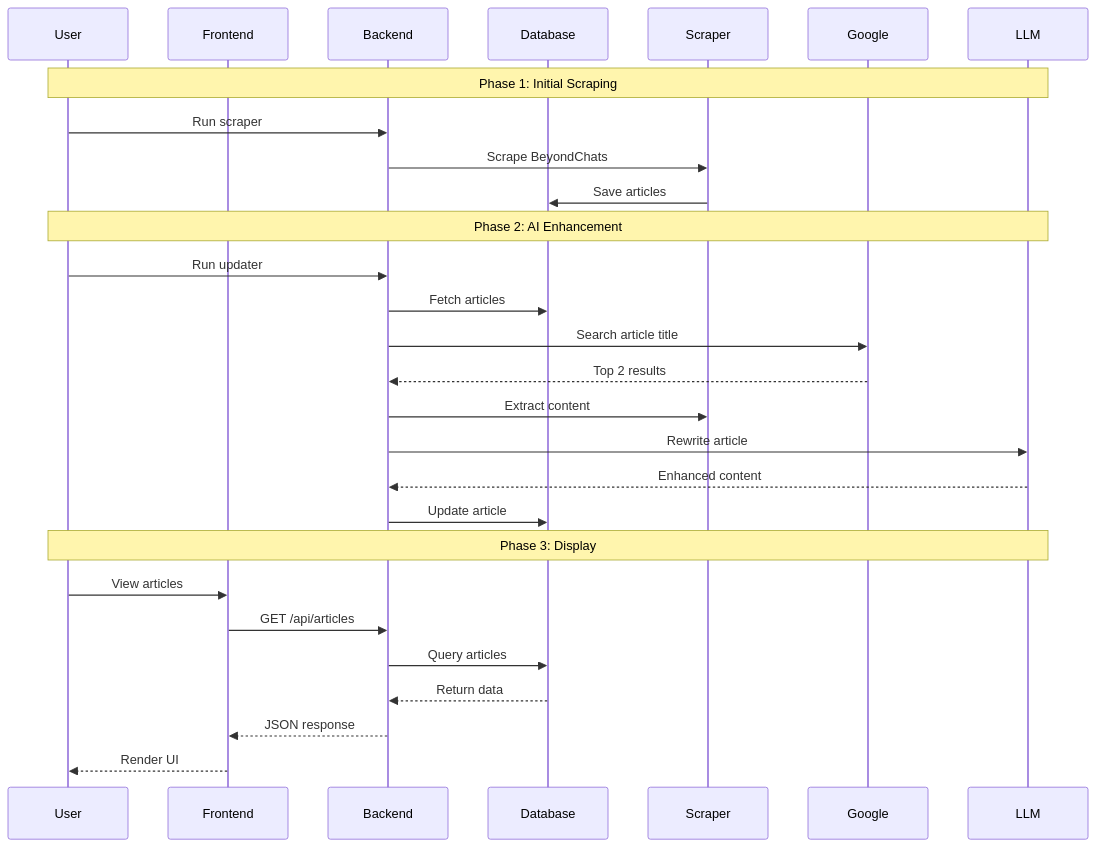
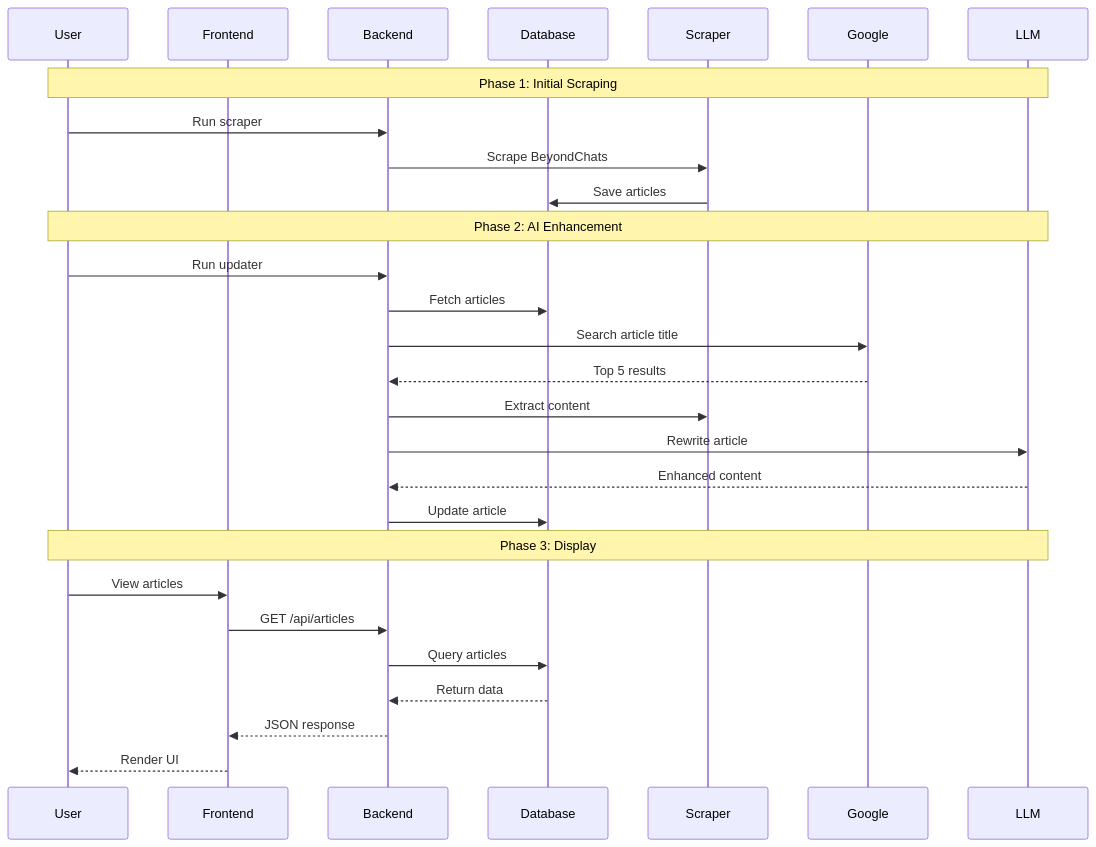
The second of 2 diagrams in README.md (Ashlok2003/BeyondChats), drawn with Mermaid before and after one commit.

````diff
--- a/README.md
+++ b/README.md
@@ -81,33 +81,33 @@
 ```mermaid
 sequenceDiagram
     participant User
     participant Frontend
     participant Backend
     participant Database
     participant Scraper
     participant Google
     participant LLM
 
     Note over User,LLM: Phase 1: Initial Scraping
     User->>Backend: Run scraper
     Backend->>Scraper: Scrape BeyondChats
     Scraper->>Database: Save articles
 
     Note over User,LLM: Phase 2: AI Enhancement
     User->>Backend: Run updater
     Backend->>Database: Fetch articles
     Backend->>Google: Search article title
-    Google-->>Backend: Top 2 results
+    Google-->>Backend: Top 5 results
     Backend->>Scraper: Extract content
     Backend->>LLM: Rewrite article
     LLM-->>Backend: Enhanced content
     Backend->>Database: Update article
 
     Note over User,LLM: Phase 3: Display
     User->>Frontend: View articles
     Frontend->>Backend: GET /api/articles
     Backend->>Database: Query articles
     Database-->>Backend: Return data
     Backend-->>Frontend: JSON response
     Frontend-->>User: Render UI
 ```
````
